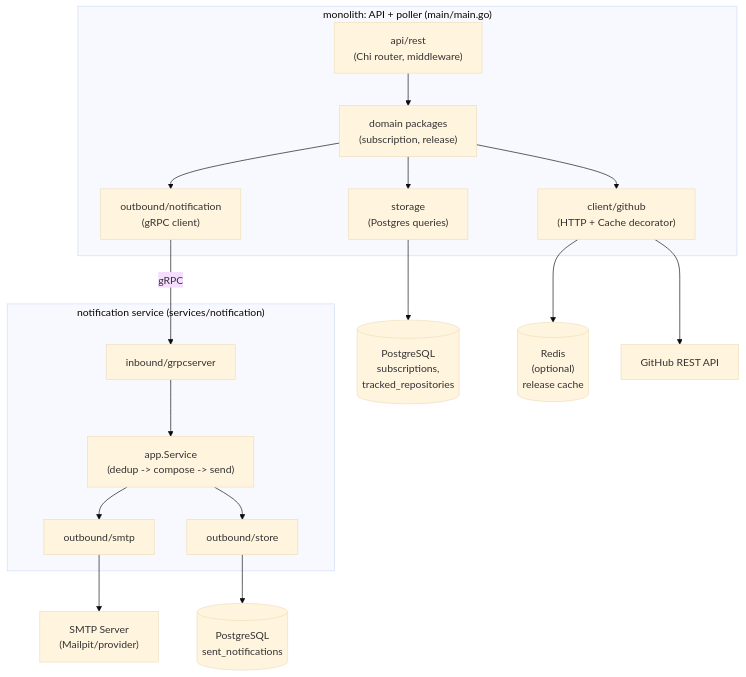
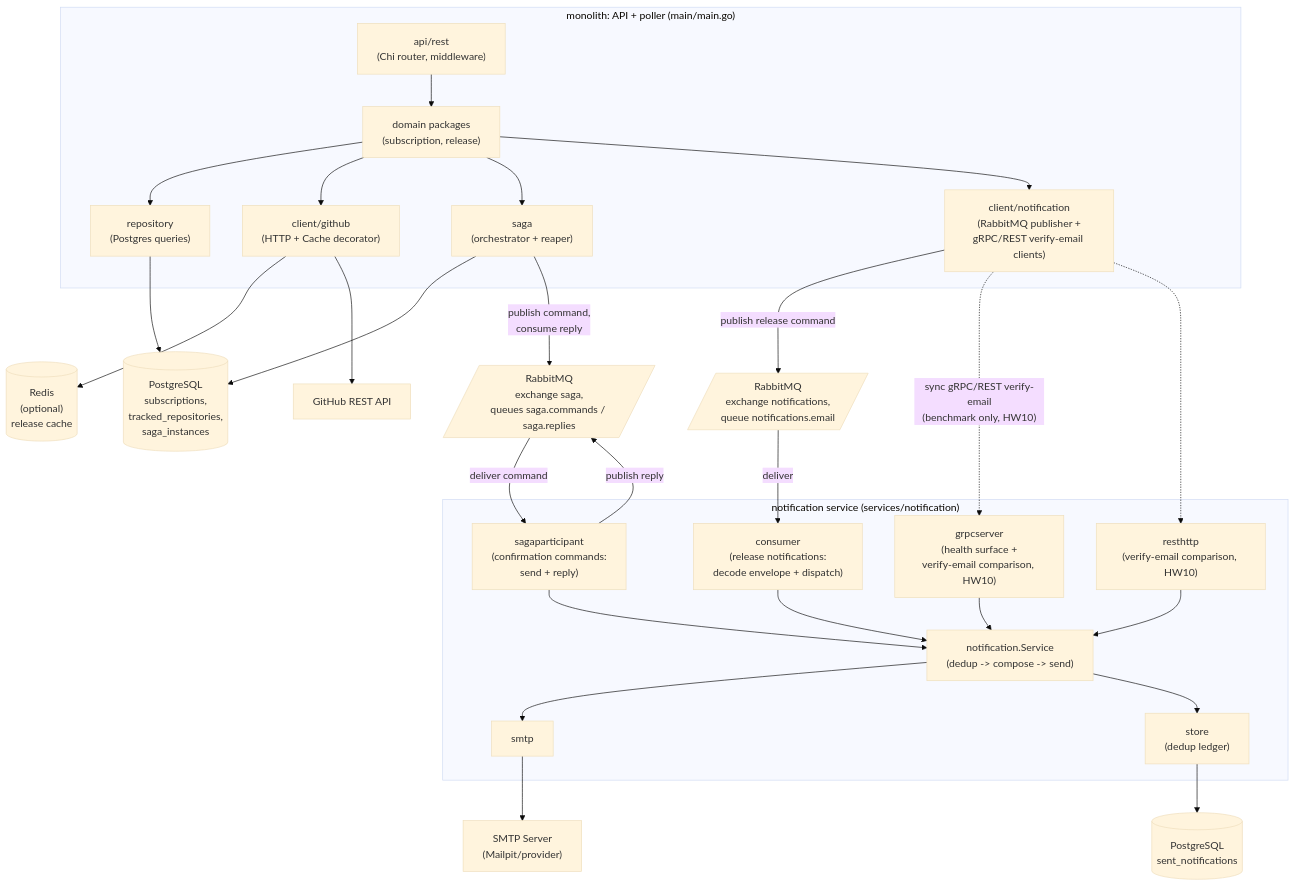
One commit to GenesisEducationKyiv/software-engineering-school-6-0-mashta-lilia changed the second of 6 diagrams in docs/system-design.md. Above: the diagram before and after it, drawn with Mermaid (base theme). The commit also changed other lines of this file and 95 other files, not shown here.

````diff
--- a/docs/system-design.md
+++ b/docs/system-design.md
@@ -87,39 +87,57 @@
 ```mermaid
 graph TB
     subgraph Monolith["monolith: API + poller (main/main.go)"]
         API["api/rest<br/>(Chi router, middleware)"]
         Domains["domain packages<br/>(subscription, release)"]
-        Repo["storage<br/>(Postgres queries)"]
+        Saga["saga<br/>(orchestrator + reaper)"]
+        Repo["repository<br/>(Postgres queries)"]
         GHC["client/github<br/>(HTTP + Cache decorator)"]
-        NotifyClient["outbound/notification<br/>(gRPC client)"]
+        NotifyClient["client/notification<br/>(RabbitMQ publisher +<br/>gRPC/REST verify-email clients)"]
 
         API --> Domains
         Domains --> Repo
         Domains --> GHC
+        Domains --> Saga
         Domains --> NotifyClient
     end
 
+    CmdBroker[/"RabbitMQ<br/>exchange saga,<br/>queues saga.commands / saga.replies"/]
+    EventBroker[/"RabbitMQ<br/>exchange notifications,<br/>queue notifications.email"/]
+
     subgraph Notification["notification service (services/notification)"]
-        GRPC["inbound/grpcserver"]
-        NotificationApp["app.Service<br/>(dedup -> compose -> send)"]
-        SMTPAdapter["outbound/smtp"]
-        Ledger["outbound/store"]
+        Consumer["consumer<br/>(release notifications:<br/>decode envelope + dispatch)"]
+        SagaParticipant["sagaparticipant<br/>(confirmation commands:<br/>send + reply)"]
+        GRPC["grpcserver<br/>(health surface +<br/>verify-email comparison, HW10)"]
+        REST["resthttp<br/>(verify-email comparison, HW10)"]
+        NotificationApp["notification.Service<br/>(dedup -> compose -> send)"]
+        SMTPAdapter["smtp"]
+        Ledger["store<br/>(dedup ledger)"]
 
+        Consumer --> NotificationApp
+        SagaParticipant --> NotificationApp
         GRPC --> NotificationApp
+        REST --> NotificationApp
         NotificationApp --> SMTPAdapter
         NotificationApp --> Ledger
     end
 
-    DB[("PostgreSQL<br/>subscriptions,<br/>tracked_repositories")]
+    DB[("PostgreSQL<br/>subscriptions,<br/>tracked_repositories,<br/>saga_instances")]
     NotifyDB[("PostgreSQL<br/>sent_notifications")]
     Cache[("Redis<br/>(optional)<br/>release cache")]
     GitHub["GitHub REST API"]
     SMTPSrv["SMTP Server<br/>(Mailpit/provider)"]
 
     Repo --> DB
+    Saga --> DB
     GHC --> Cache
     GHC --> GitHub
-    NotifyClient -- "gRPC" --> GRPC
+    Saga -- "publish command,<br/>consume reply" --> CmdBroker
+    CmdBroker -- "deliver command" --> SagaParticipant
+    SagaParticipant -- "publish reply" --> CmdBroker
+    NotifyClient -- "publish release command" --> EventBroker
+    EventBroker -- "deliver" --> Consumer
+    NotifyClient -. "sync gRPC/REST verify-email<br/>(benchmark only, HW10)" .-> GRPC
+    NotifyClient -. " " .-> REST
     Ledger --> NotifyDB
     SMTPAdapter --> SMTPSrv
 ```
````
